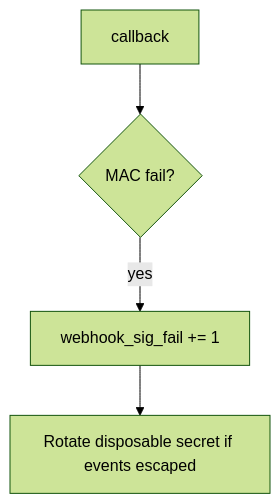
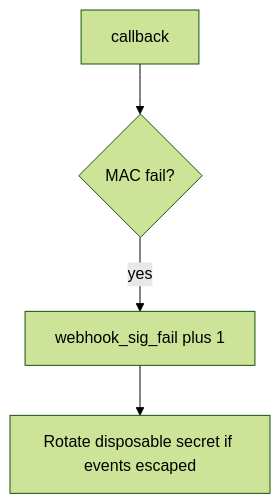
One commit to ishitvagoel/LearnSecurity changed the diagram in content/modules/7/7.3/lessons/06-operate.md. Above: the diagram before and after it, drawn with Mermaid (forest theme). The commit also changed other lines of this file and 28 other files, not shown here.

````diff
--- a/content/modules/7/7.3/lessons/06-operate.md
+++ b/content/modules/7/7.3/lessons/06-operate.md
@@ -13,6 +13,6 @@
 ```mermaid
 flowchart TD
   Post[callback] --> Bad{MAC fail?}
-  Bad -->|yes| Metric["webhook_sig_fail += 1"]
+  Bad -->|yes| Metric["webhook_sig_fail plus 1"]
   Metric --> Rotate[Rotate disposable secret if events escaped]
 ```
````
